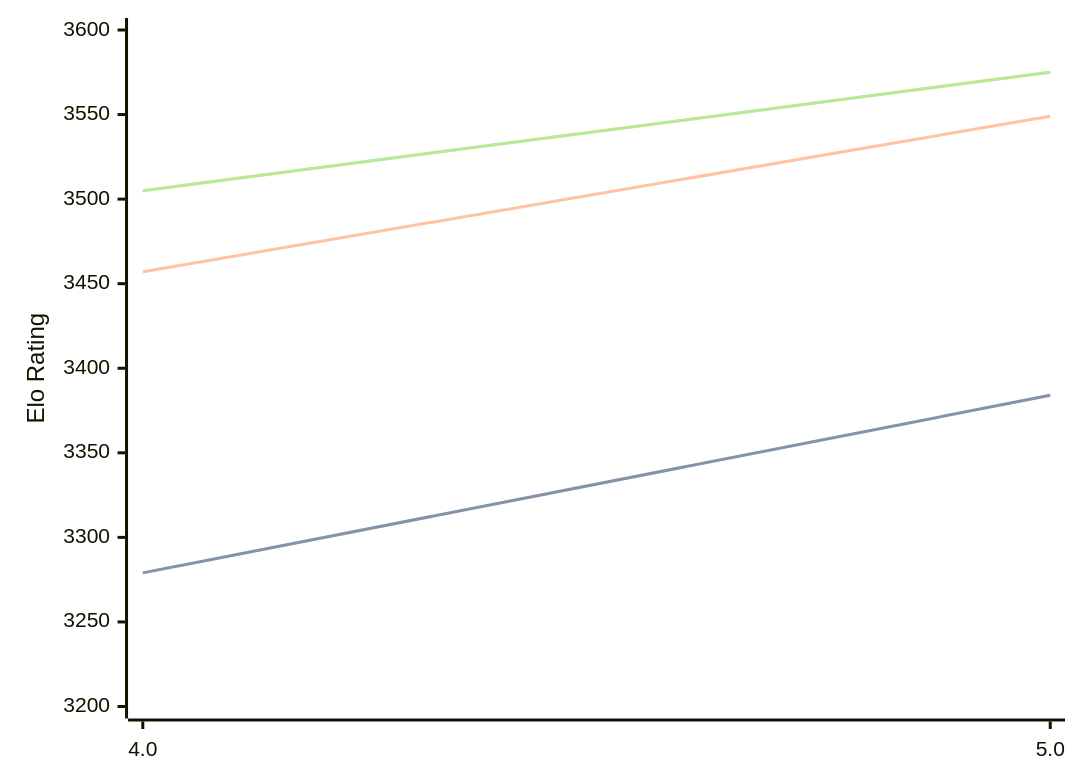
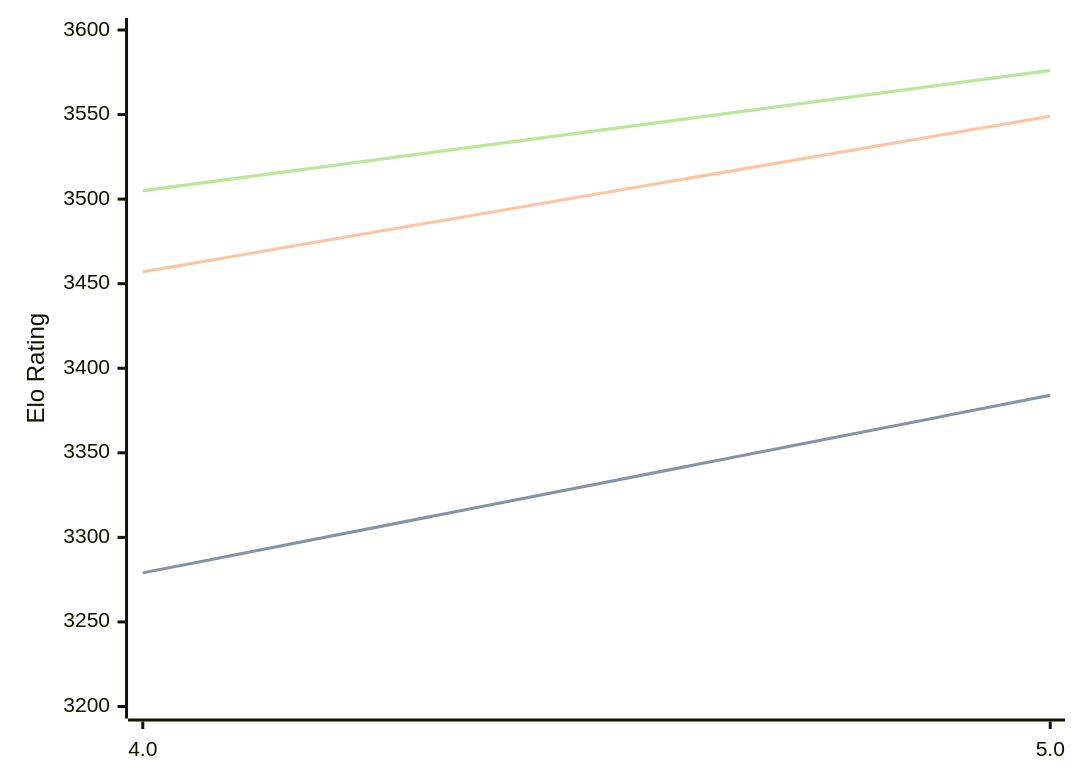
The diagram in engines/Tarnished.md (computer-chess-index/cci), drawn with Mermaid before and after one commit. The commit also changed other lines of this file, not shown here.

Commit message:
Update CCI Ratings (ELO VLTC) - 2026-03-21

````diff
--- a/engines/Tarnished.md
+++ b/engines/Tarnished.md
@@ -36,11 +36,11 @@
 ```mermaid
 %%{init: {"theme":"base","themeVariables":{"seriesColors:['#a3a3a3','#222221','#faa371']}}}%%
 xychart-beta
   x-axis ["4.0", "5.0"]
   y-axis "Elo Rating" 3200 --> 3600
   line "STC (8.0+0.08s)" [3279, 3384]
   line "STC (8.0+0.08s)" [3279, 3384]
   line "LTC (60.0+0.60s)" [3457, 3549]
-  line "VLTC (2m24s+1.12s)" [3505, 3575]
-  line "VLTC (2m24s+1.12s)" [3505, 3575]
+  line "VLTC (2m24s+1.12s)" [3505, 3576]
+  line "VLTC (2m24s+1.12s)" [3505, 3576]
 ```
````
